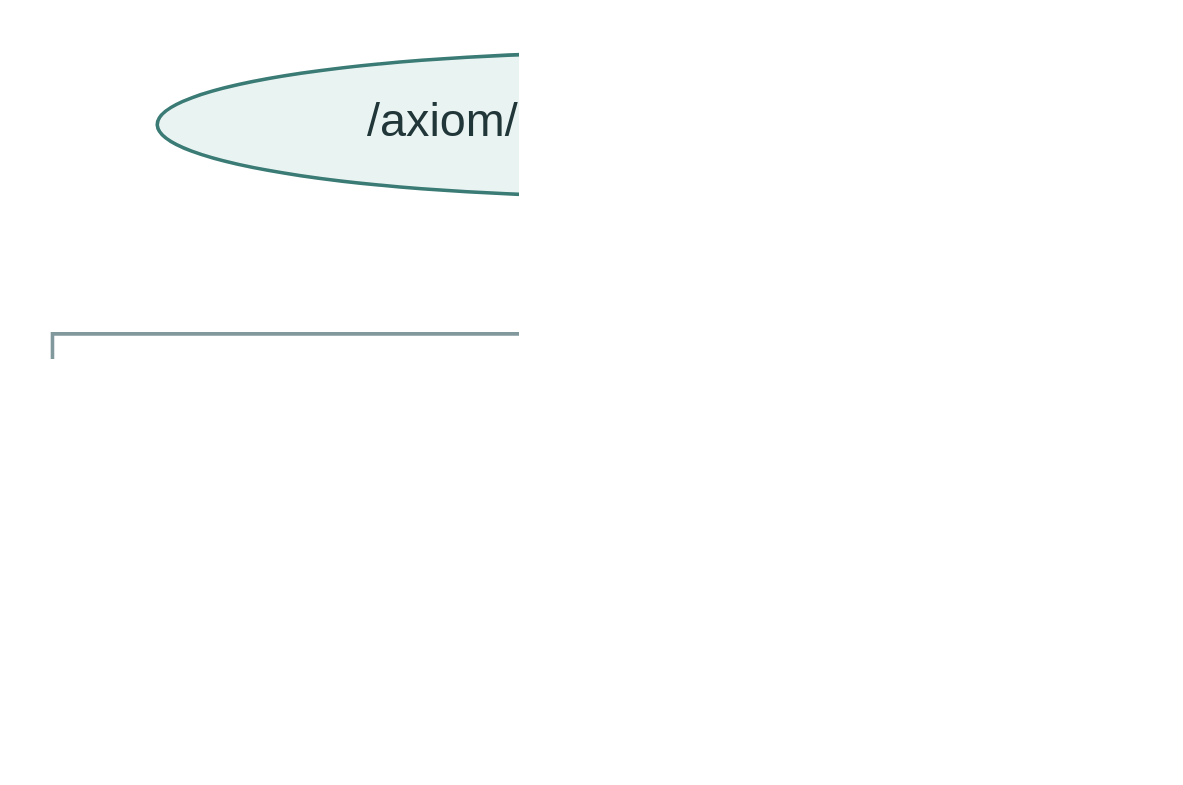
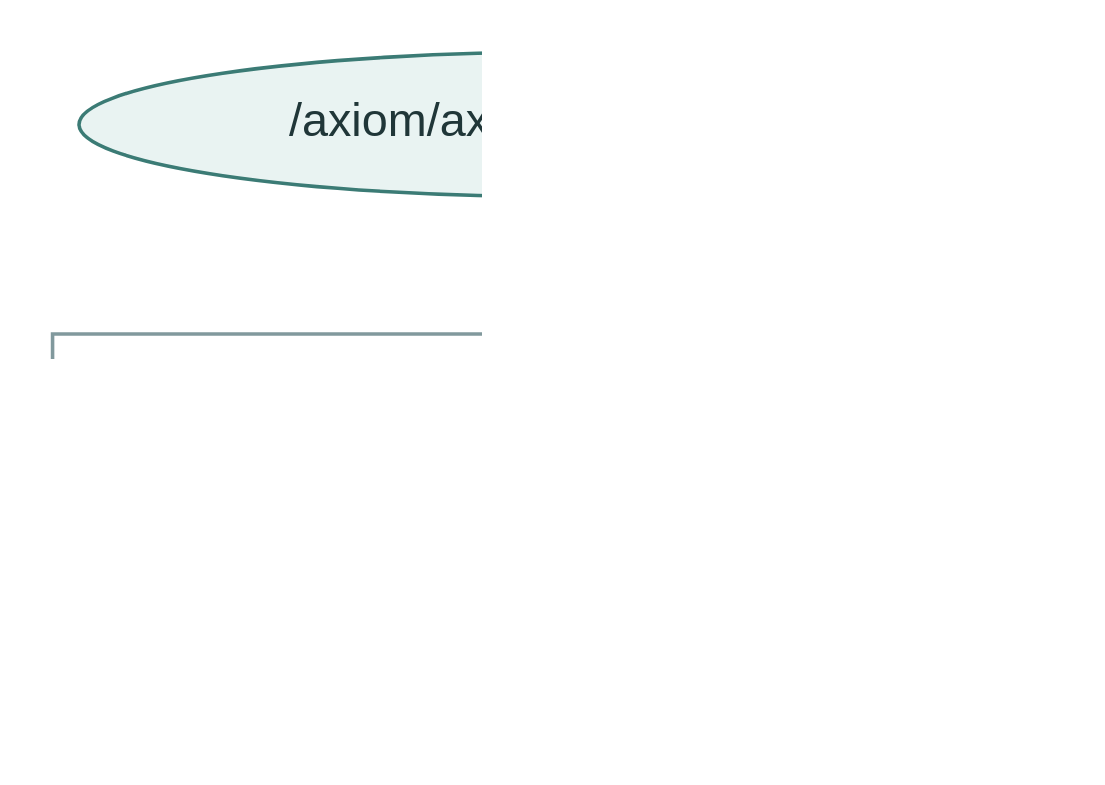
The diagram in docs/ros-graphs/ros2-accelerometer-graph.dot (robotical/axiom-ros2), drawn with Graphviz before and after one commit. The commit also changed 70 other files, not shown here.

```diff
--- a/docs/ros-graphs/ros2-accelerometer-graph.dot
+++ b/docs/ros-graphs/ros2-accelerometer-graph.dot
@@ -1,13 +1,13 @@
 digraph ros {
 
   graph [bgcolor="white", rankdir=TB, pad="0.25", nodesep="0.35", ranksep="0.5", fontname="Helvetica", dpi=180];
   node [fontname="Helvetica", fontsize=17, fontcolor="#203638", color="#81999d", penwidth=1.3, margin="0.16,0.12", shape=box, style=filled, fillcolor="white"];
   edge [fontname="Helvetica", fontsize=13, color="#517979", fontcolor="#49676d", penwidth=1.4, arrowsize=0.75];
 
   driver [shape=ellipse, fillcolor="#e9f3f2", color="#3b7b75", label="/axiom/axiom_bridge_node"];
-  imu [label="/axiom/bus_BUS/device_ADDRESS/imu/data_raw\nsensor_msgs/msg/Imu"];
+  imu [label="/axiom/lsm6ds_bBUS_ADDRESS/data_raw\nsensor_msgs/msg/Imu"];
   echo [shape=ellipse, fillcolor="#e9f3f2", color="#3b7b75", label="ros2 topic echo … --once\ntemporary ROS subscriber"];
   driver -> imu [label="publishes • best effort / volatile"];
   imu -> echo [label="subscribes • best effort"];
 
 }
```
